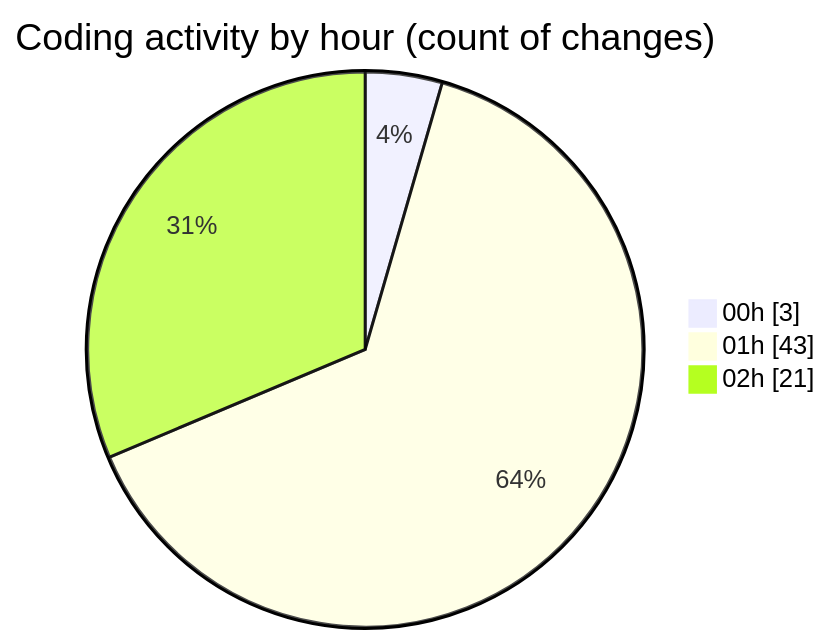
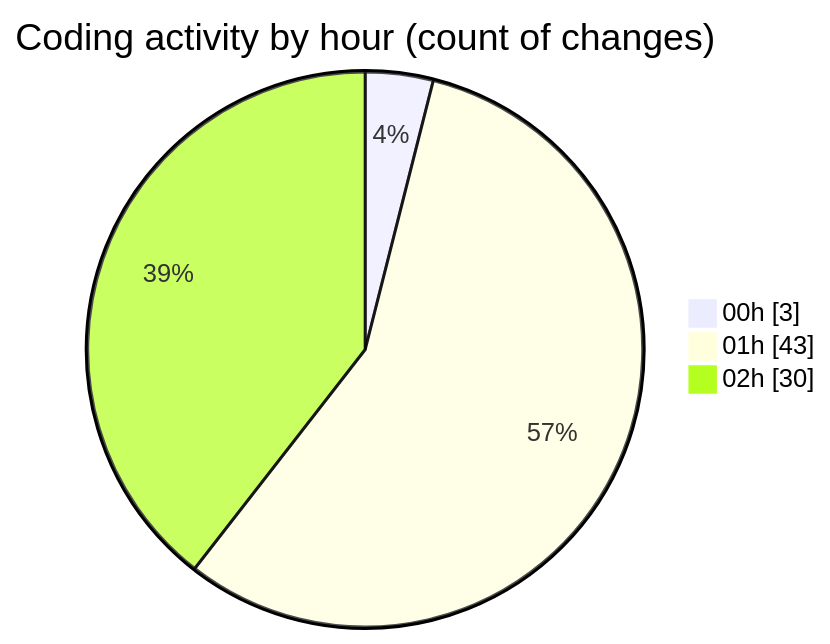
Before and after one commit to mevix1/code-tracking: the second of 2 diagrams in 2025-10-02/oura-api/README.md, drawn with Mermaid. The commit also changed other lines of this file and 1 other file, not shown here.

````diff
--- a/2025-10-02/oura-api/README.md
+++ b/2025-10-02/oura-api/README.md
@@ -83,7 +89,7 @@
 ```mermaid
 pie showData
 title Coding activity by hour (count of changes)
 "00h" : 3
 "01h" : 43
-"02h" : 21
+"02h" : 30
 ```
````
